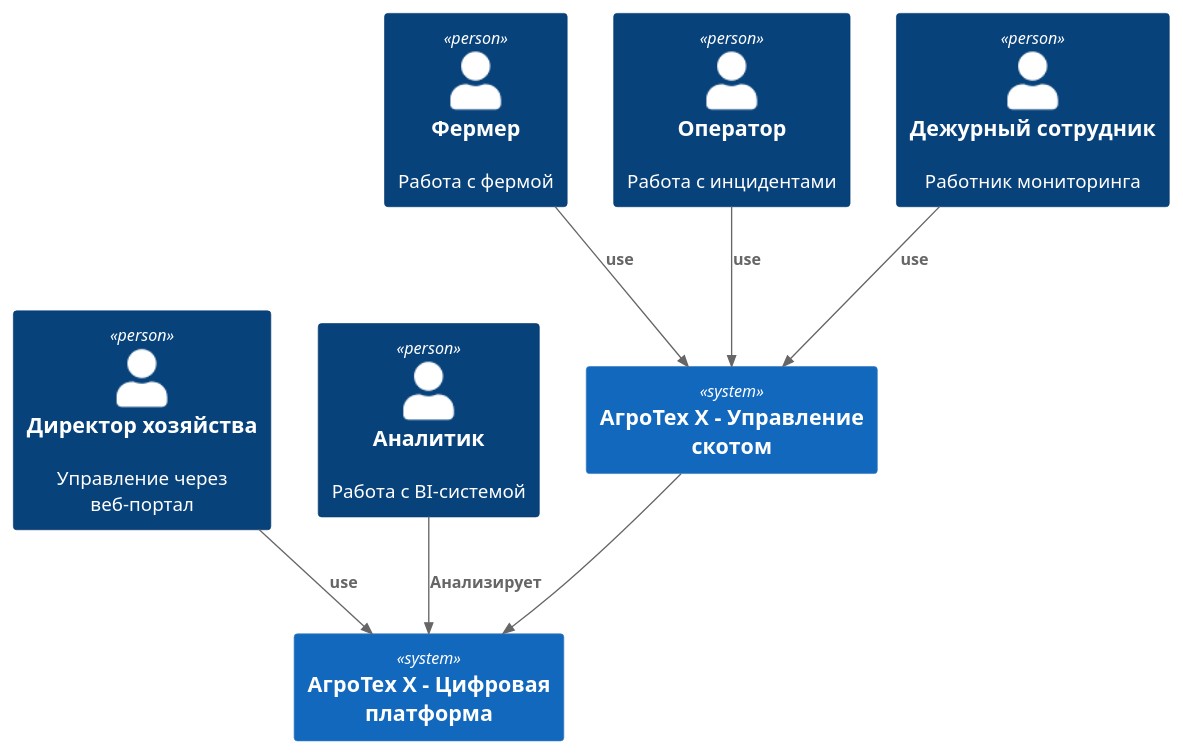
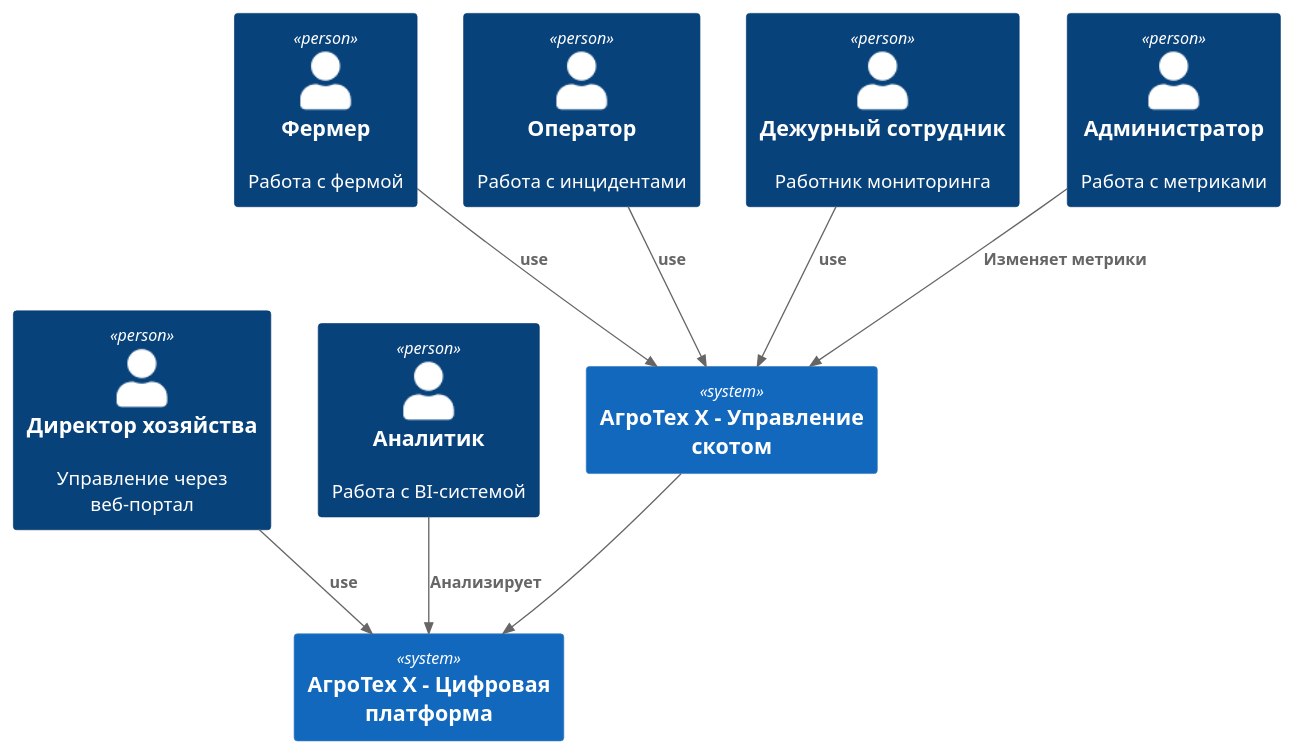
One commit to rof1ll/MSA-AgroTech changed the diagram in Task1/task1.puml. Above: the diagram before and after it, drawn with PlantUML. The commit also changed 3 other files, not shown here.

```diff
--- a/Task1/task1.puml
+++ b/Task1/task1.puml
@@ -1,27 +1,27 @@
 @startuml Архитектура_АгроТех_Системы_v4
 
 !include https://raw.githubusercontent.com/plantuml-stdlib/C4-PlantUML/master/C4_Container.puml
 
 ' === Участники ===
 Person(директор, "Директор хозяйства", "Управление через веб-портал")
 Person(фермер, "Фермер", "Работа с фермой")
 Person(аналитик, "Аналитик", "Работа с BI-системой")
 Person(оператор, "Оператор", "Работа с инцидентами")
 Person(дежурный, "Дежурный сотрудник", "Работник мониторинга")
-
+Person(администратор, "Администратор", "Работа с метриками")
 System(агро, "АгроТех Х - Управление скотом")
 System(цифр, "АгроТех Х - Цифровая платформа")
 
 
 ' === Взаимосвязи ===
 
 Rel(директор, цифр, "use")
 Rel(аналитик, цифр, "Анализирует")
 
+Rel(администратор, агро, "Изменяет метрики")
 Rel(фермер, агро, "use")
 Rel(оператор, агро, "use")
 Rel(дежурный, агро, "use")
-
 Rel(агро, цифр, "")
 
 @enduml
```
